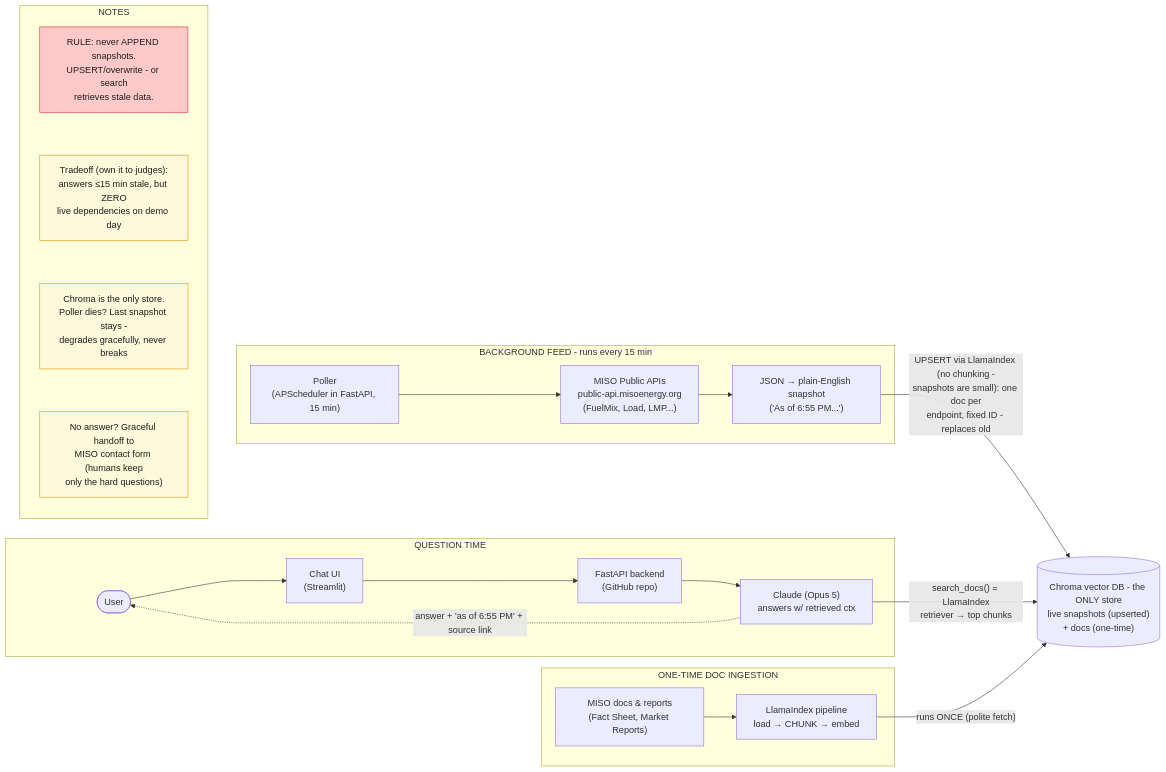
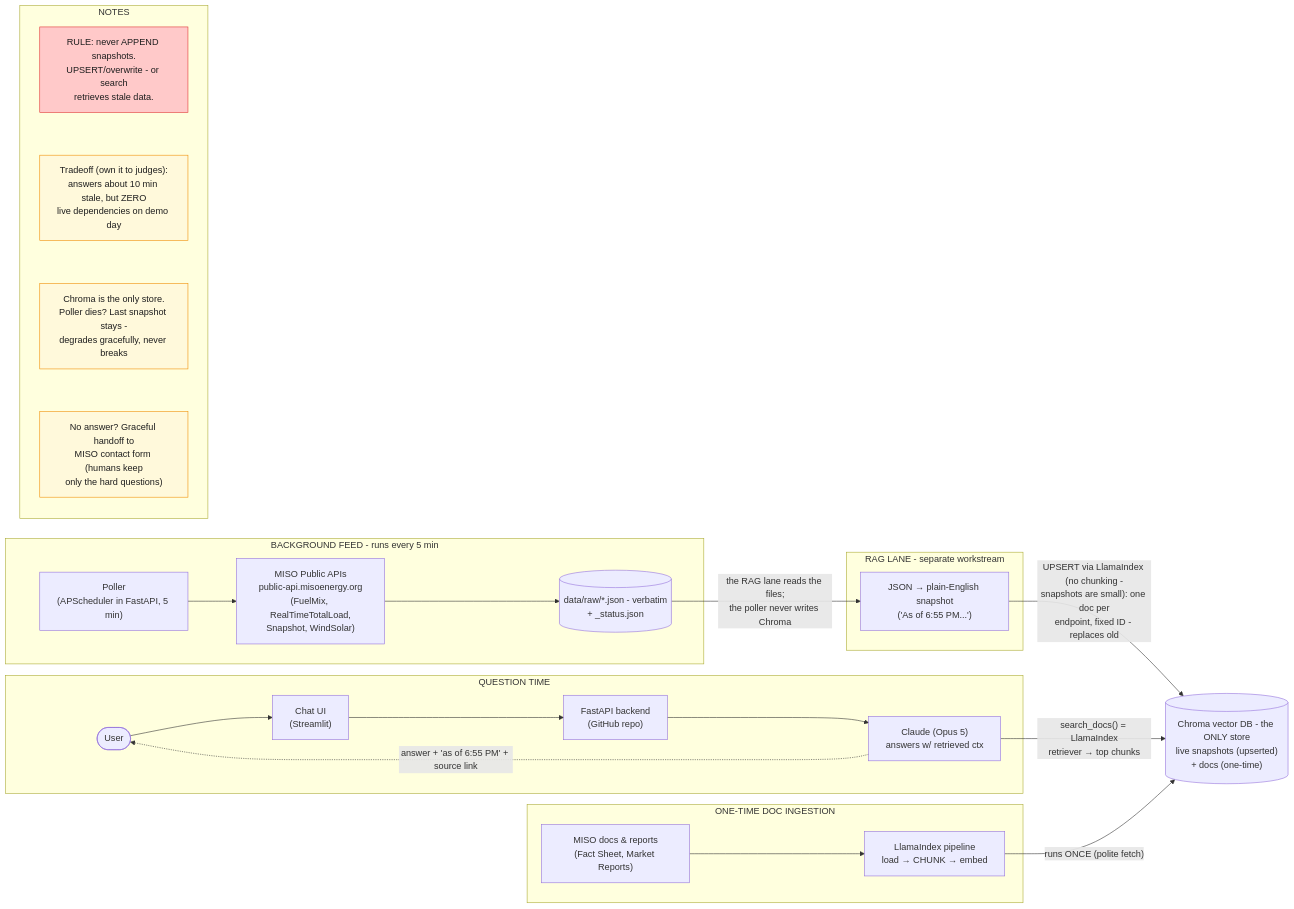
One commit to VanshBhardwaj1945/miso-copilot changed the diagram in README.md. Above: the diagram before and after it, drawn with Mermaid. The commit also changed other lines of this file and 15 other files, not shown here.

````diff
--- a/README.md
+++ b/README.md
@@ -10,33 +10,38 @@
 ```mermaid
 flowchart LR
-    subgraph FEED["BACKGROUND FEED - runs every 15 min"]
-        POLL["Poller<br/>(APScheduler in FastAPI, 15 min)"] --> MISOAPI["MISO Public APIs<br/>public-api.misoenergy.org<br/>(FuelMix, Load, LMP...)"]
-        MISOAPI --> SUMM["JSON → plain-English snapshot<br/>('As of 6:55 PM...')"]
+    subgraph FEED["BACKGROUND FEED - runs every 5 min"]
+        POLL["Poller<br/>(APScheduler in FastAPI, 5 min)"] --> MISOAPI["MISO Public APIs<br/>public-api.misoenergy.org<br/>(FuelMix, RealTimeTotalLoad,<br/>Snapshot, WindSolar)"]
+        MISOAPI --> RAW[("data/raw/*.json - verbatim<br/>+ _status.json")]
+    end
+
+    subgraph RAGLANE["RAG LANE - separate workstream"]
+        SUMM["JSON → plain-English snapshot<br/>('As of 6:55 PM...')"]
     end
 
     subgraph ASK["QUESTION TIME"]
         USER(["User"]) --> UI["Chat UI<br/>(Streamlit)"]
         UI --> API["FastAPI backend<br/>(GitHub repo)"]
         API --> CLAUDE["Claude (Opus 5)<br/>answers w/ retrieved ctx"]
     end
 
     subgraph INGEST["ONE-TIME DOC INGESTION"]
         DOCS["MISO docs & reports<br/>(Fact Sheet, Market Reports)"] --> LI["LlamaIndex pipeline<br/>load → CHUNK → embed"]
     end
 
     DB[("Chroma vector DB - the ONLY store<br/>live snapshots (upserted)<br/>+ docs (one-time)")]
 
+    RAW -- "the RAG lane reads the files;<br/>the poller never writes Chroma" --> SUMM
     SUMM -- "UPSERT via LlamaIndex (no chunking -<br/>snapshots are small): one doc per<br/>endpoint, fixed ID - replaces old" --> DB
     CLAUDE -- "search_docs() = LlamaIndex<br/>retriever → top chunks" --> DB
     LI -- "runs ONCE (polite fetch)" --> DB
     CLAUDE -. "answer + 'as of 6:55 PM' + source link" .-> USER
 
     subgraph NOTES["NOTES"]
-        N1["RULE: never APPEND snapshots.<br/>UPSERT/overwrite - or search<br/>retrieves stale data."] ~~~ N2["Tradeoff (own it to judges):<br/>answers ≤15 min stale, but ZERO<br/>live dependencies on demo day"] ~~~ N3["Chroma is the only store.<br/>Poller dies? Last snapshot stays -<br/>degrades gracefully, never breaks"] ~~~ N4["No answer? Graceful handoff to<br/>MISO contact form (humans keep<br/>only the hard questions)"]
+        N1["RULE: never APPEND snapshots.<br/>UPSERT/overwrite - or search<br/>retrieves stale data."] ~~~ N2["Tradeoff (own it to judges):<br/>answers about 10 min stale, but ZERO<br/>live dependencies on demo day"] ~~~ N3["Chroma is the only store.<br/>Poller dies? Last snapshot stays -<br/>degrades gracefully, never breaks"] ~~~ N4["No answer? Graceful handoff to<br/>MISO contact form (humans keep<br/>only the hard questions)"]
     end
 
     classDef note fill:#fff9db,stroke:#f08c00,color:#1e1e1e
     classDef rule fill:#ffc9c9,stroke:#e03131,color:#1e1e1e
     class N2,N3,N4 note
     class N1 rule
 ```
````
